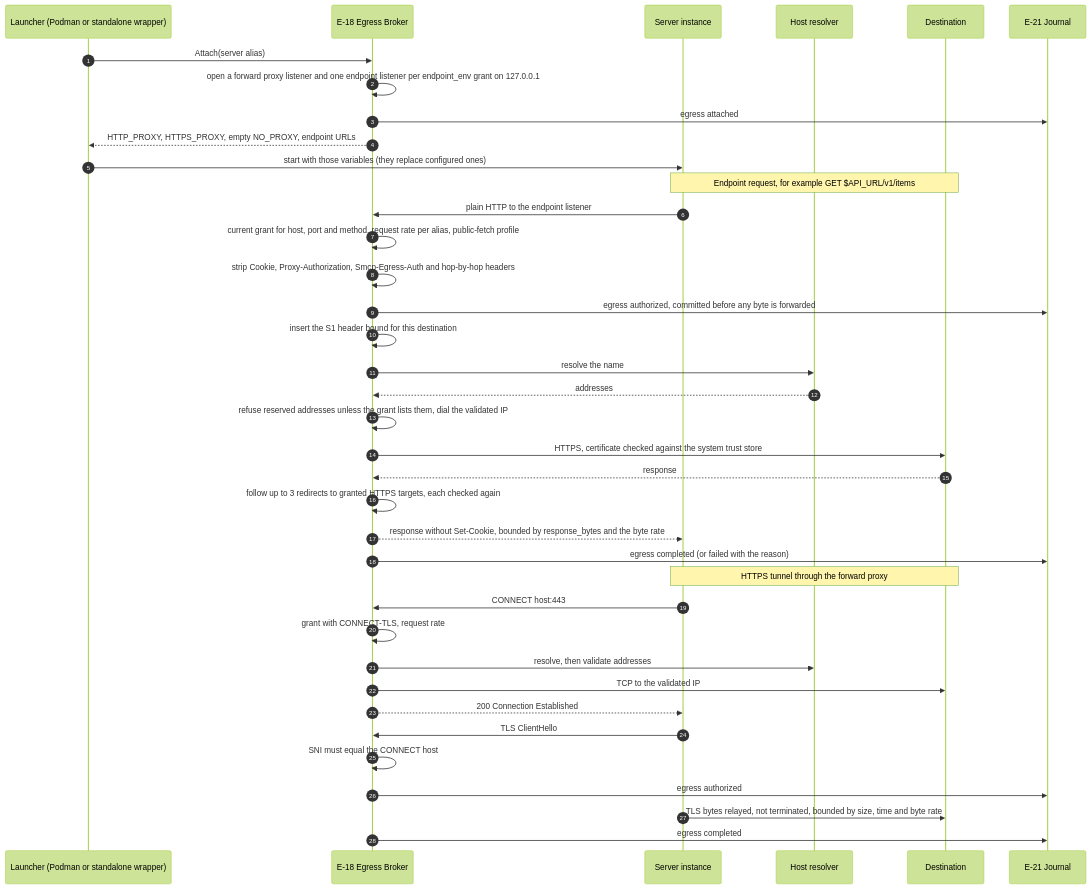
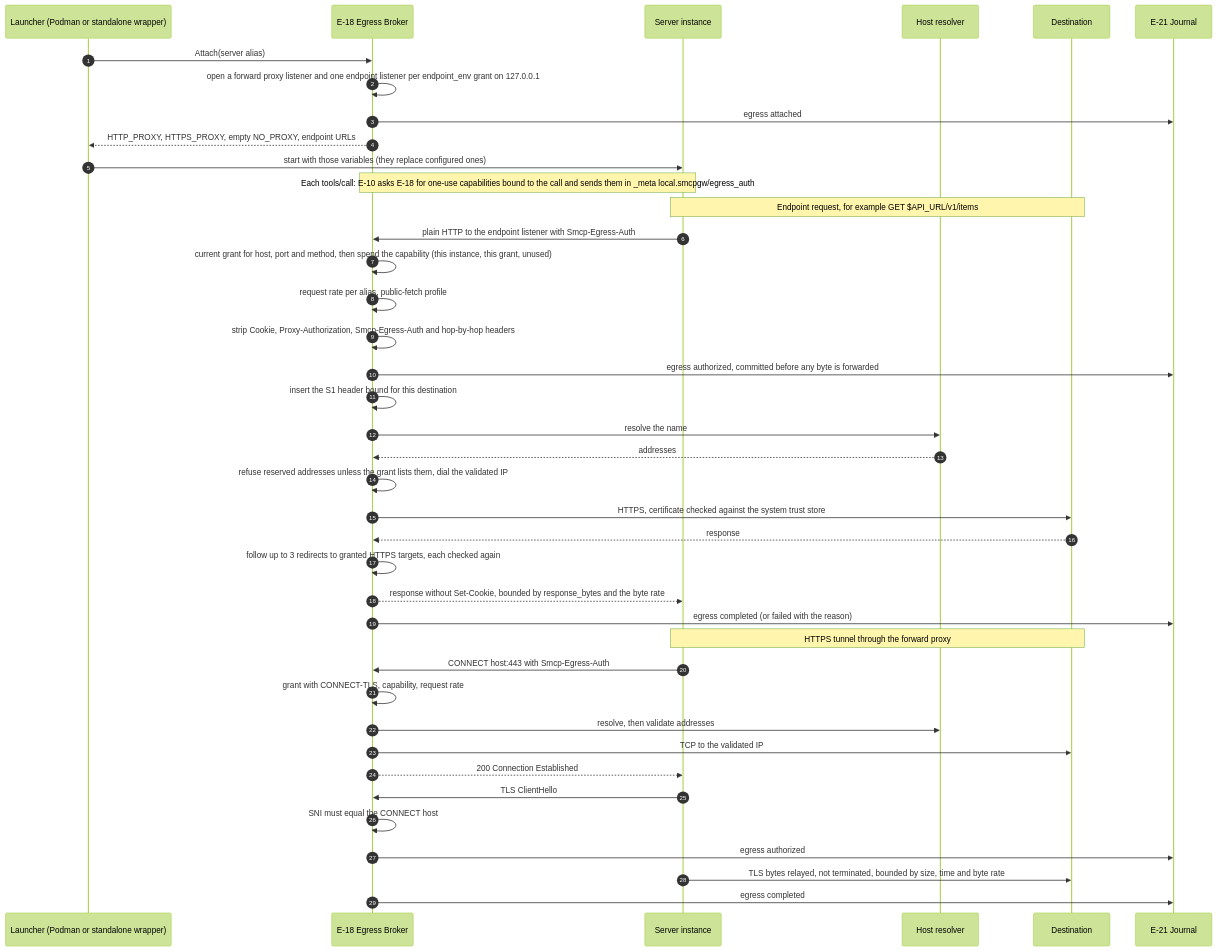
Before and after one commit to ethan03805/Secure-MCP-Gateway: the diagram in docs/flows/egress.md, drawn with Mermaid (forest theme). The commit also changed other lines of this file and 43 other files, not shown here.

First line of the commit message:
Require one-use egress capabilities; claim AT-10; check egress grants against manifests (SR-5.16-1) (#80)

````diff
--- a/docs/flows/egress.md
+++ b/docs/flows/egress.md
@@ -5,41 +5,43 @@
 ```mermaid
 sequenceDiagram
   autonumber
   participant L as Launcher (Podman or standalone wrapper)
   participant E18 as E-18 Egress Broker
   participant S as Server instance
   participant DNS as Host resolver
   participant X as Destination
   participant E21 as E-21 Journal
 
   L->>E18: Attach(server alias)
   E18->>E18: open a forward proxy listener and one endpoint listener per endpoint_env grant on 127.0.0.1
   E18->>E21: egress attached
   E18-->>L: HTTP_PROXY, HTTPS_PROXY, empty NO_PROXY, endpoint URLs
   L->>S: start with those variables (they replace configured ones)
+  Note over S,E18: Each tools/call: E-10 asks E-18 for one-use capabilities bound to the call and sends them in _meta local.smcpgw/egress_auth
   Note over S,X: Endpoint request, for example GET $API_URL/v1/items
-  S->>E18: plain HTTP to the endpoint listener
-  E18->>E18: current grant for host, port and method, request rate per alias, public-fetch profile
+  S->>E18: plain HTTP to the endpoint listener with Smcp-Egress-Auth
+  E18->>E18: current grant for host, port and method, then spend the capability (this instance, this grant, unused)
+  E18->>E18: request rate per alias, public-fetch profile
   E18->>E18: strip Cookie, Proxy-Authorization, Smcp-Egress-Auth and hop-by-hop headers
   E18->>E21: egress authorized, committed before any byte is forwarded
   E18->>E18: insert the S1 header bound for this destination
   E18->>DNS: resolve the name
   DNS-->>E18: addresses
   E18->>E18: refuse reserved addresses unless the grant lists them, dial the validated IP
   E18->>X: HTTPS, certificate checked against the system trust store
   X-->>E18: response
   E18->>E18: follow up to 3 redirects to granted HTTPS targets, each checked again
   E18-->>S: response without Set-Cookie, bounded by response_bytes and the byte rate
   E18->>E21: egress completed (or failed with the reason)
   Note over S,X: HTTPS tunnel through the forward proxy
-  S->>E18: CONNECT host:443
-  E18->>E18: grant with CONNECT-TLS, request rate
+  S->>E18: CONNECT host:443 with Smcp-Egress-Auth
+  E18->>E18: grant with CONNECT-TLS, capability, request rate
   E18->>DNS: resolve, then validate addresses
   E18->>X: TCP to the validated IP
   E18-->>S: 200 Connection Established
   S->>E18: TLS ClientHello
   E18->>E18: SNI must equal the CONNECT host
   E18->>E21: egress authorized
   S->>X: TLS bytes relayed, not terminated, bounded by size, time and byte rate
   E18->>E21: egress completed
 ```
````
